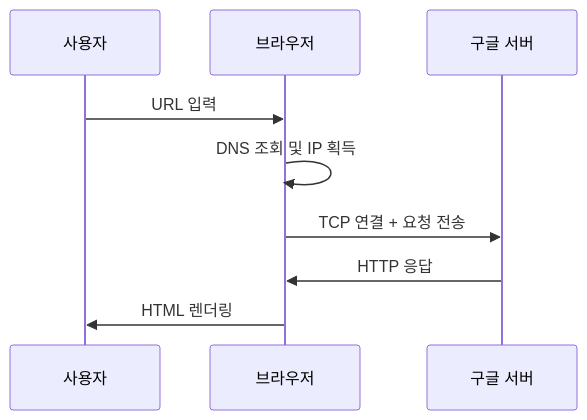
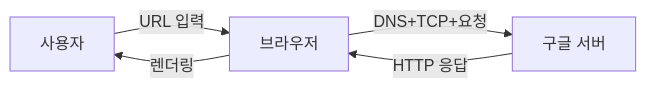
The first of 2 diagrams in _posts/http/2021-01-03-http-1.md (yjkim2015/yjkim2015.github.io), drawn with Mermaid before and after one commit. The commit also changed 163 other files, not shown here.

First line of the commit message:
Mermaid 300개 블록 내용 축소: 5노드 5엣지 이하, 의미 있는 약어

````diff
--- a/_posts/http/2021-01-03-http-1.md
+++ b/_posts/http/2021-01-03-http-1.md
@@ -137,11 +137,7 @@
 ```mermaid
-sequenceDiagram
-    participant U as 사용자
-    participant B as 브라우저
-    participant S as 구글 서버
-    U->>B: URL 입력
-    B->>B: DNS 조회 및 IP 획득
-    B->>S: TCP 연결 + 요청 전송
-    S->>B: HTTP 응답
-    B->>U: HTML 렌더링
+graph LR
+    U["사용자"] -->|"URL 입력"| B["브라우저"]
+    B -->|"DNS+TCP+요청"| S["구글 서버"]
+    S -->|"HTTP 응답"| B
+    B -->|"렌더링"| U
 ```
````
